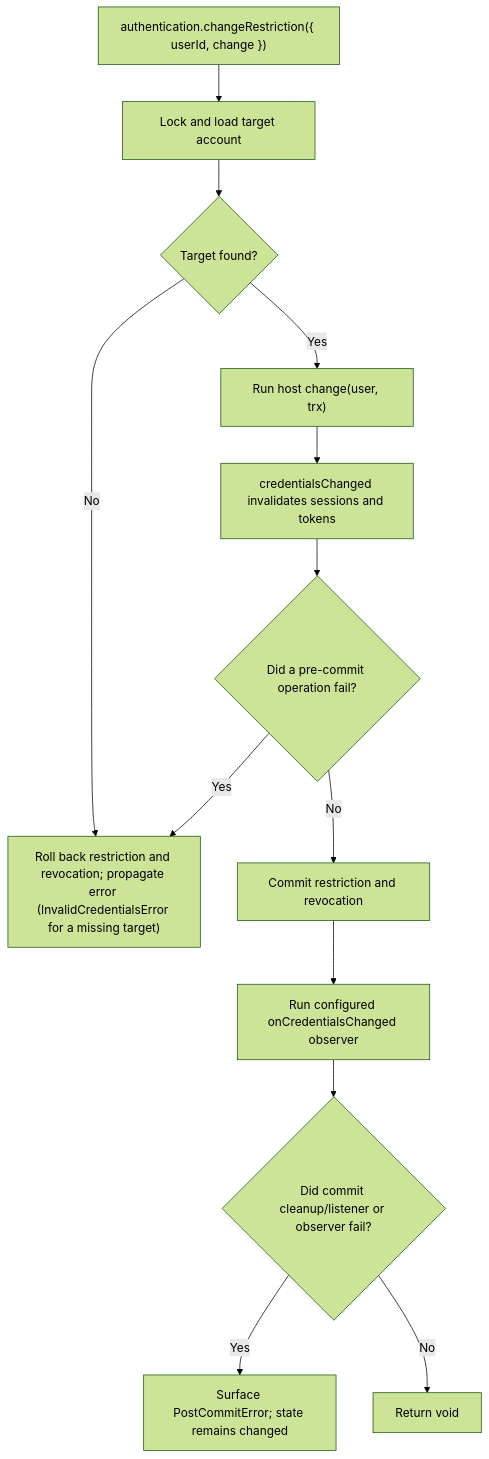
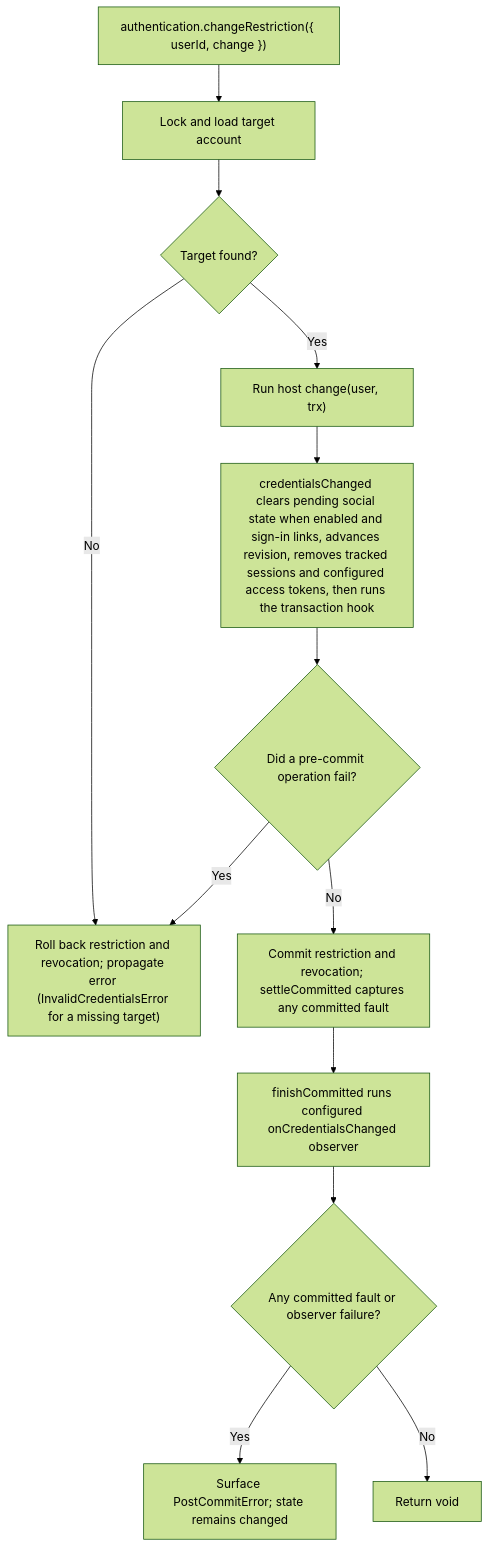
The second of 2 diagrams in user-stories/US-ACCOUNT-43-change-account-restriction.md (Kevinjohn/oss-adonisjs-account-kit), drawn with Mermaid (forest theme) before and after one commit. The commit also changed other lines of this file and 70 other files, not shown here.

````diff
--- a/user-stories/US-ACCOUNT-43-change-account-restriction.md
+++ b/user-stories/US-ACCOUNT-43-change-account-restriction.md
@@ -34,15 +35,15 @@
 ```mermaid
 flowchart TD
  A["authentication.changeRestriction({ userId, change })"] --> B["Lock and load target account"]
  B --> B1{"Target found?"}
  B1 -->|No| F
  B1 -->|Yes| C["Run host change(user, trx)"]
- C --> D["credentialsChanged invalidates sessions and tokens"]
+ C --> D["credentialsChanged clears pending social state when enabled and sign-in links, advances revision, removes tracked sessions and configured access tokens, then runs the transaction hook"]
  D --> E{"Did a pre-commit operation fail?"}
  E -->|Yes| F["Roll back restriction and revocation; propagate error (InvalidCredentialsError for a missing target)"]
- E -->|No| G["Commit restriction and revocation"]
- G --> O["Run configured onCredentialsChanged observer"]
- O --> H{"Did commit cleanup/listener or observer fail?"}
+ E -->|No| G["Commit restriction and revocation; settleCommitted captures any committed fault"]
+ G --> O["finishCommitted runs configured onCredentialsChanged observer"]
+ O --> H{"Any committed fault or observer failure?"}
  H -->|Yes| I["Surface PostCommitError; state remains changed"]
  H -->|No| J["Return void"]
 ```
````
